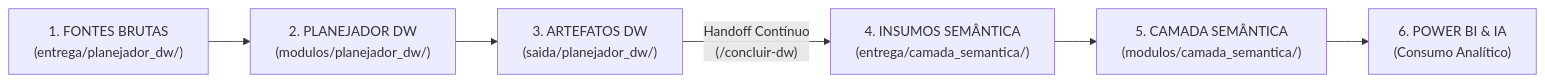
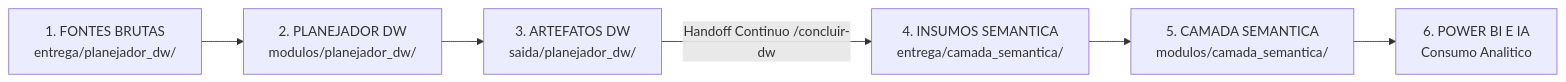
One commit to jef-prodeb01/NINHO.03 changed the diagram in README.md. Above: the diagram before and after it, drawn with Mermaid. The commit also changed 11 other files, not shown here.

Commit message:
fix(docs): converte diagramas Mermaid flowchart para graph compativel com GitLab

````diff
--- a/README.md
+++ b/README.md
@@ -152,8 +152,8 @@
 ```mermaid
-flowchart LR
-    A["1. FONTES BRUTAS<br/>(entrega/planejador_dw/)"] --> B["2. PLANEJADOR DW<br/>(modulos/planejador_dw/)"]
-    B --> C["3. ARTEFATOS DW<br/>(saida/planejador_dw/)"]
-    C -->|"Handoff Contínuo<br/>(/concluir-dw)"| D["4. INSUMOS SEMÂNTICA<br/>(entrega/camada_semantica/)"]
-    D --> E["5. CAMADA SEMÂNTICA<br/>(modulos/camada_semantica/)"]
-    E --> F["6. POWER BI & IA<br/>(Consumo Analítico)"]
+graph LR
+    A["1. FONTES BRUTAS<br/>entrega/planejador_dw/"] --> B["2. PLANEJADOR DW<br/>modulos/planejador_dw/"]
+    B --> C["3. ARTEFATOS DW<br/>saida/planejador_dw/"]
+    C -->|Handoff Continuo /concluir-dw| D["4. INSUMOS SEMANTICA<br/>entrega/camada_semantica/"]
+    D --> E["5. CAMADA SEMANTICA<br/>modulos/camada_semantica/"]
+    E --> F["6. POWER BI E IA<br/>Consumo Analitico"]
 ```
````
